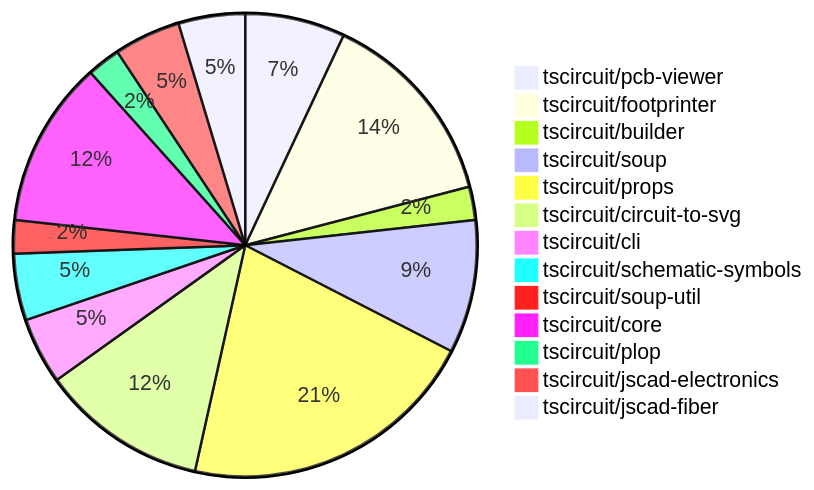
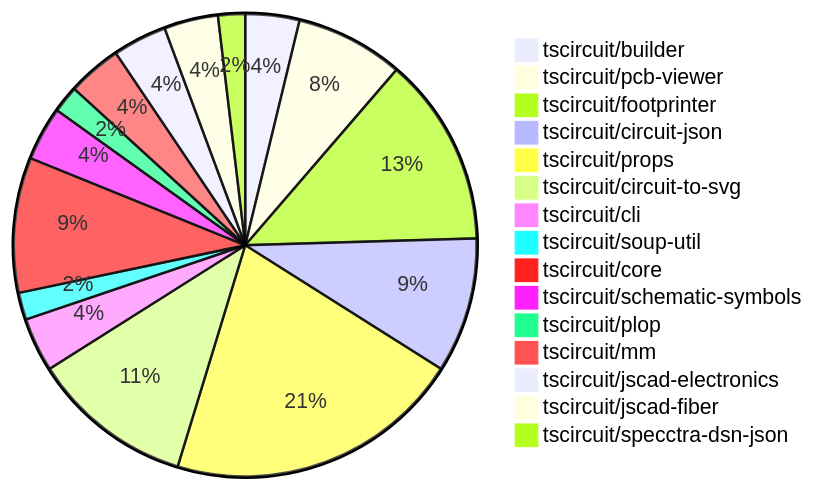
The diagram in README.md (tscircuit/contribution-tracker), drawn with Mermaid before and after one commit. The commit also changed other lines of this file and 1 other file, not shown here.

````diff
--- a/README.md
+++ b/README.md
@@ -24,16 +24,18 @@
 ```mermaid
 pie
-    "tscircuit/pcb-viewer" : 3
-    "tscircuit/footprinter" : 6
-    "tscircuit/builder" : 1
-    "tscircuit/soup" : 4
-    "tscircuit/props" : 9
-    "tscircuit/circuit-to-svg" : 5
+    "tscircuit/builder" : 2
+    "tscircuit/pcb-viewer" : 4
+    "tscircuit/footprinter" : 7
+    "tscircuit/circuit-json" : 5
+    "tscircuit/props" : 11
+    "tscircuit/circuit-to-svg" : 6
     "tscircuit/cli" : 2
-    "tscircuit/schematic-symbols" : 2
     "tscircuit/soup-util" : 1
     "tscircuit/core" : 5
+    "tscircuit/schematic-symbols" : 2
     "tscircuit/plop" : 1
+    "tscircuit/mm" : 2
     "tscircuit/jscad-electronics" : 2
     "tscircuit/jscad-fiber" : 2
+    "tscircuit/specctra-dsn-json" : 1
 ```
````
